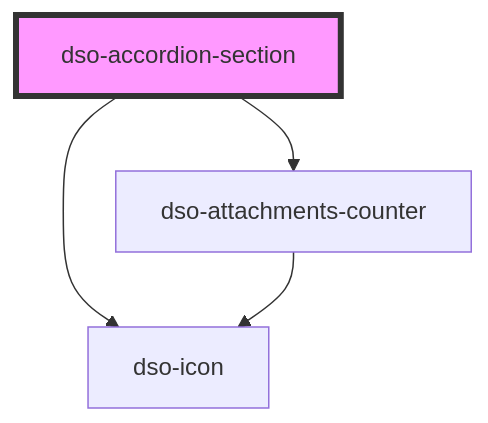
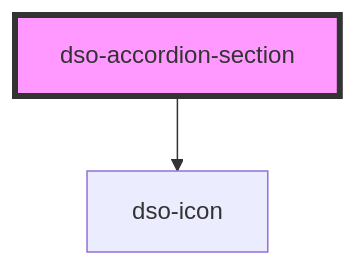
One commit to dso-toolkit/dso-toolkit changed the diagram in packages/core/src/components/accordion/components/readme.md. Above: the diagram before and after it, drawn with Mermaid. The commit also changed other lines of this file and 20 other files, not shown here.

````diff
--- a/packages/core/src/components/accordion/components/readme.md
+++ b/packages/core/src/components/accordion/components/readme.md
@@ -41,7 +40,5 @@
 ```mermaid
 graph TD;
   dso-accordion-section --> dso-icon
-  dso-accordion-section --> dso-attachments-counter
-  dso-attachments-counter --> dso-icon
   style dso-accordion-section fill:#f9f,stroke:#333,stroke-width:4px
 ```
````
